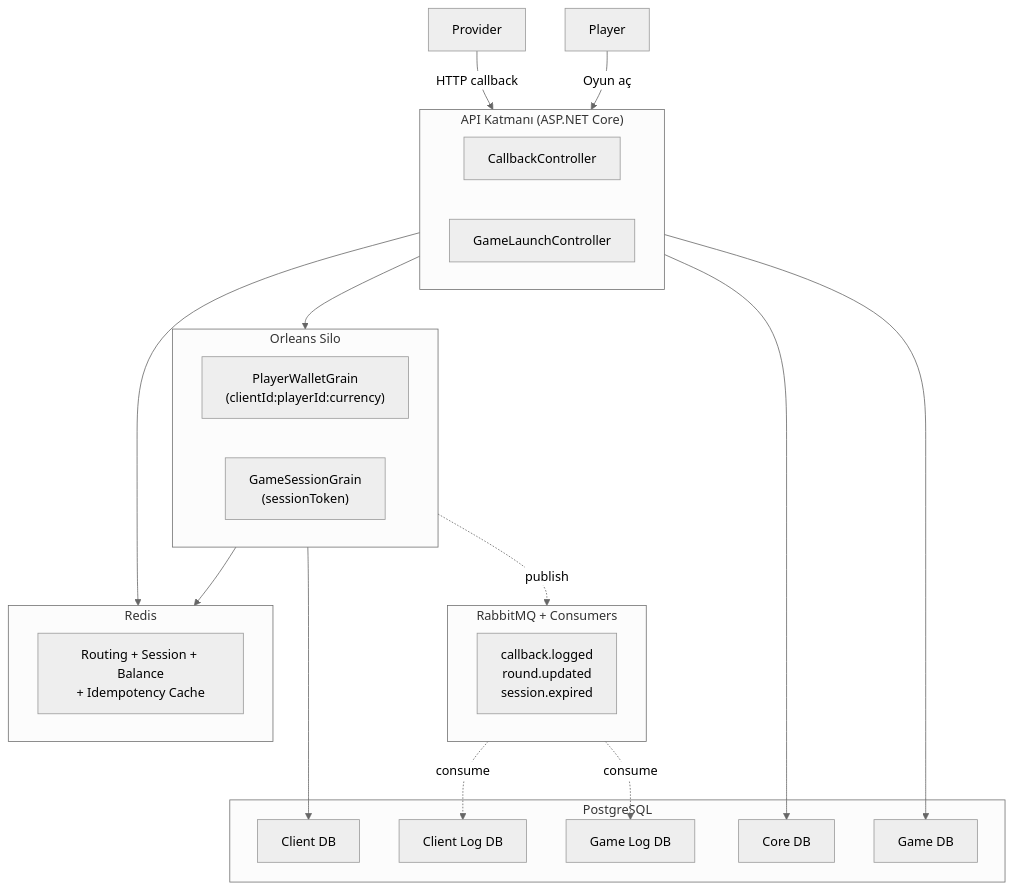
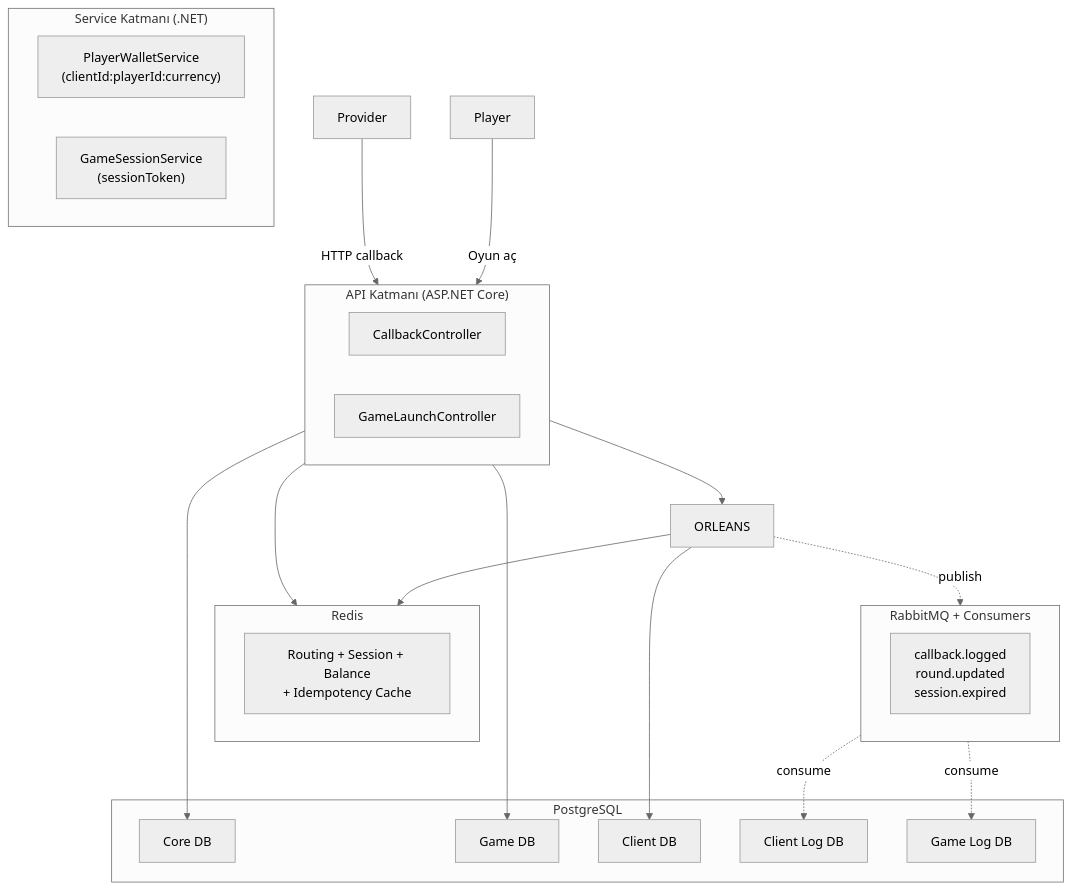
One commit to frhtshn/One.DB changed the first of 8 diagrams in .docs/guides/GAME_GATEWAY_GUIDE.md. Above: the diagram before and after it, drawn with Mermaid (neutral theme). The commit also changed other lines of this file and 12 other files, not shown here.

````diff
--- a/.docs/guides/GAME_GATEWAY_GUIDE.md
+++ b/.docs/guides/GAME_GATEWAY_GUIDE.md
@@ -35,41 +35,41 @@
 ```mermaid
 flowchart TD
     PR["Provider"] -->|"HTTP callback"| API
     PL["Player"] -->|"Oyun aç"| API
 
     subgraph API["API Katmanı (ASP.NET Core)"]
         CC["CallbackController"]
         GLC["GameLaunchController"]
     end
 
-    subgraph ORLEANS["Orleans Silo"]
-        PWG["PlayerWalletGrain<br/>(clientId:playerId:currency)"]
-        GSG["GameSessionGrain<br/>(sessionToken)"]
+    subgraph SVC["Service Katmanı (.NET)"]
+        PWS["PlayerWalletService<br/>(clientId:playerId:currency)"]
+        GSS["GameSessionService<br/>(sessionToken)"]
     end
 
     subgraph CACHE["Redis"]
         RC["Routing + Session + Balance<br/>+ Idempotency Cache"]
     end
 
     subgraph ASYNC["RabbitMQ + Consumers"]
         Q["callback.logged<br/>round.updated<br/>session.expired"]
     end
 
     subgraph DB["PostgreSQL"]
         CDB["Core DB"]
         GDB["Game DB"]
         TDB["Client DB"]
         TLDB["Client Log DB"]
         GLDB["Game Log DB"]
     end
 
     API --> CACHE
     API --> ORLEANS
     ORLEANS --> CACHE
     ORLEANS --> TDB
     API --> CDB
     API --> GDB
     ORLEANS -.->|"publish"| ASYNC
     ASYNC -.->|"consume"| TLDB
     ASYNC -.->|"consume"| GLDB
 ```
````
